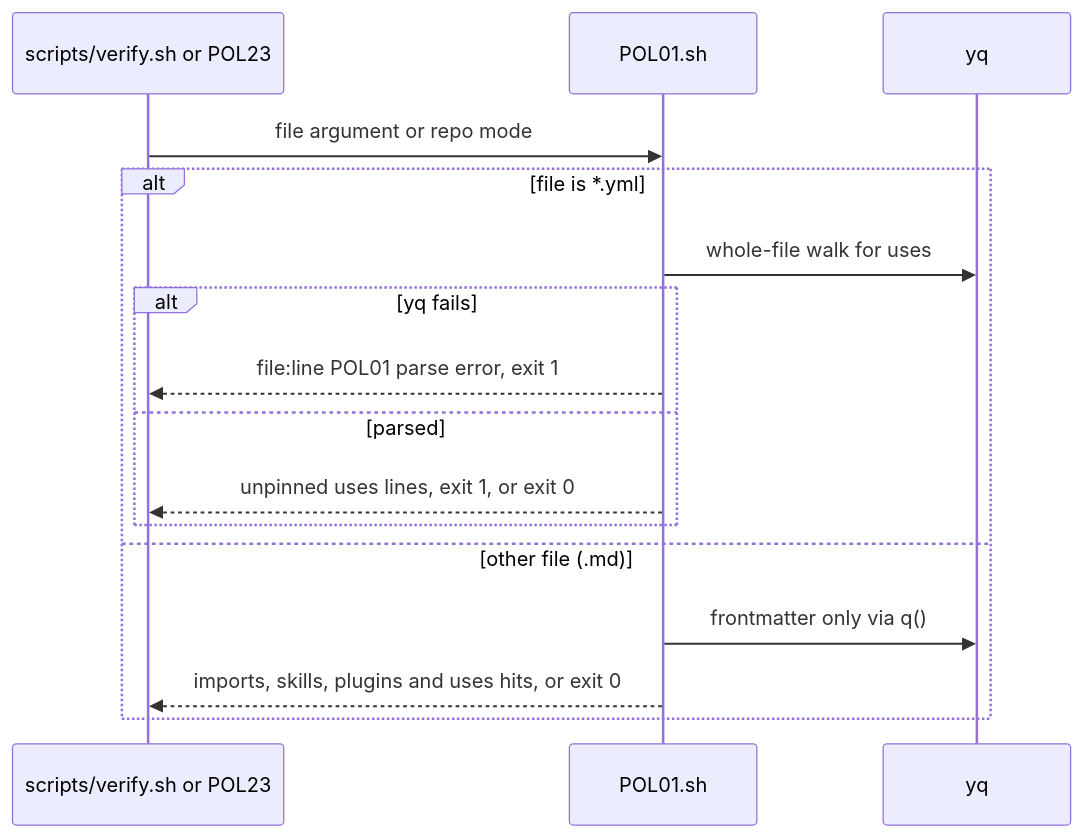
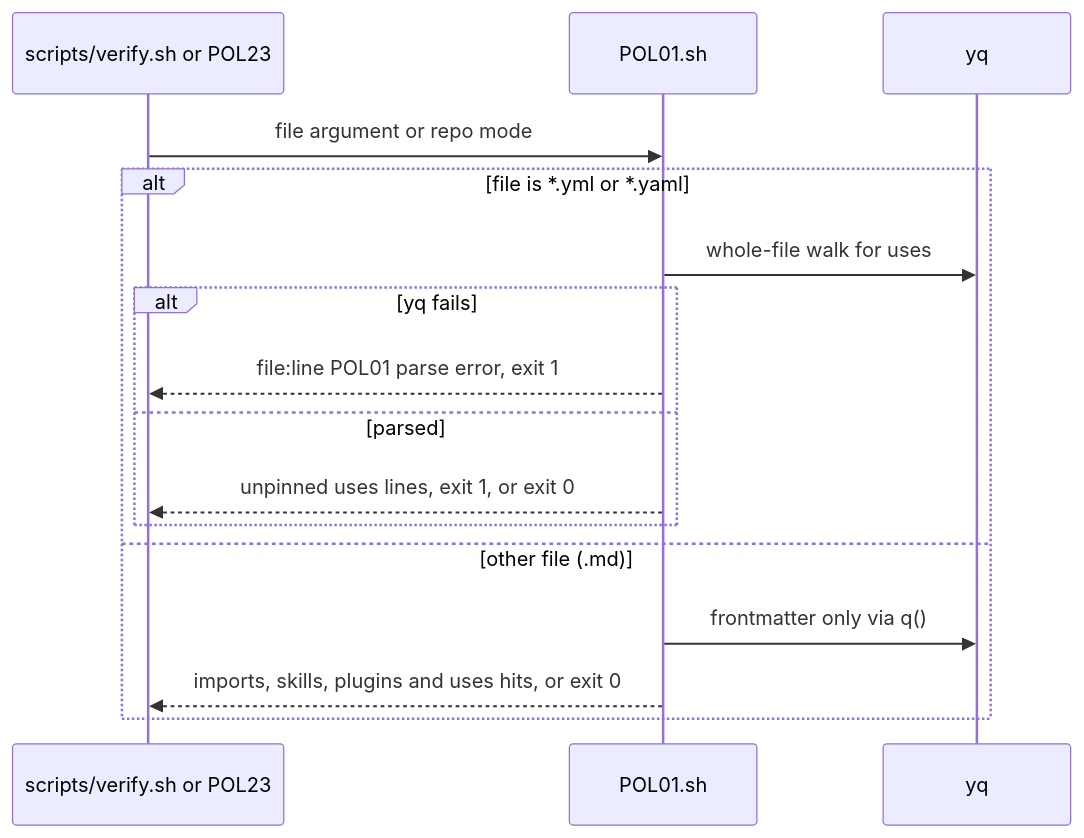
The first of 2 diagrams in docs/pbi/done/VF02a-pol01-extension.md (svennijhuis/agentic-workflows), drawn with Mermaid before and after one commit. The commit also changed other lines of this file and 5 other files, not shown here.

Commit message:
VF02a: POL01 always-on workflows root, yml_roots fail closed, .yaml, roots test (Reviewer 6420580436, Tester FAIL)

````diff
--- a/docs/pbi/done/VF02a-pol01-extension.md
+++ b/docs/pbi/done/VF02a-pol01-extension.md
@@ -43,18 +47,18 @@
 ```mermaid
 sequenceDiagram
   participant V as scripts/verify.sh or POL23
   participant P as POL01.sh
   participant Y as yq
   V->>P: file argument or repo mode
-  alt file is *.yml
+  alt file is *.yml or *.yaml
     P->>Y: whole-file walk for uses
     alt yq fails
       P-->>V: file:line POL01 parse error, exit 1
     else parsed
       P-->>V: unpinned uses lines, exit 1, or exit 0
     end
   else other file (.md)
     P->>Y: frontmatter only via q()
     P-->>V: imports, skills, plugins and uses hits, or exit 0
   end
 ```
````
